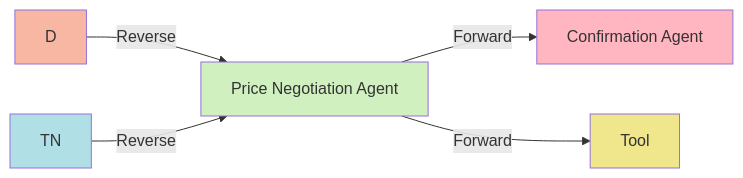
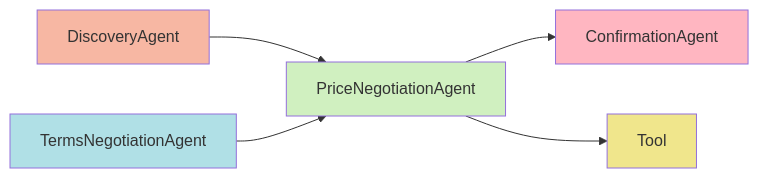
Before and after one commit to beckn/transactional-ai-bap: the fourth of 13 diagrams in arch/bap-state-machine.md, drawn with Mermaid. The commit also changed other lines of this file, not shown here.

````diff
--- a/arch/bap-state-machine.md
+++ b/arch/bap-state-machine.md
@@ -163,13 +165,14 @@
 ```mermaid
 graph LR
-    PN[Price Negotiation Agent] -->|Forward| C[Confirmation Agent]
-    PN -->|Forward| Tool
-    D -->|Reverse| PN
-    TN -->|Reverse| PN
+    PriceNegotiationAgent --> ConfirmationAgent
+    PriceNegotiationAgent --> Tool
+    DiscoveryAgent --> PriceNegotiationAgent
+    TermsNegotiationAgent --> PriceNegotiationAgent
 
-    style PN fill:#d0f0c0
-    style C fill:#ffb6c1
-    style D fill:#f7b7a3
-    style TN fill:#b0e0e6
+    style PriceNegotiationAgent fill:#d0f0c0
+    style ConfirmationAgent fill:#ffb6c1
+    style DiscoveryAgent fill:#f7b7a3
+    style TermsNegotiationAgent fill:#b0e0e6
     style Tool fill:#f0e68c
+
 ```
````
